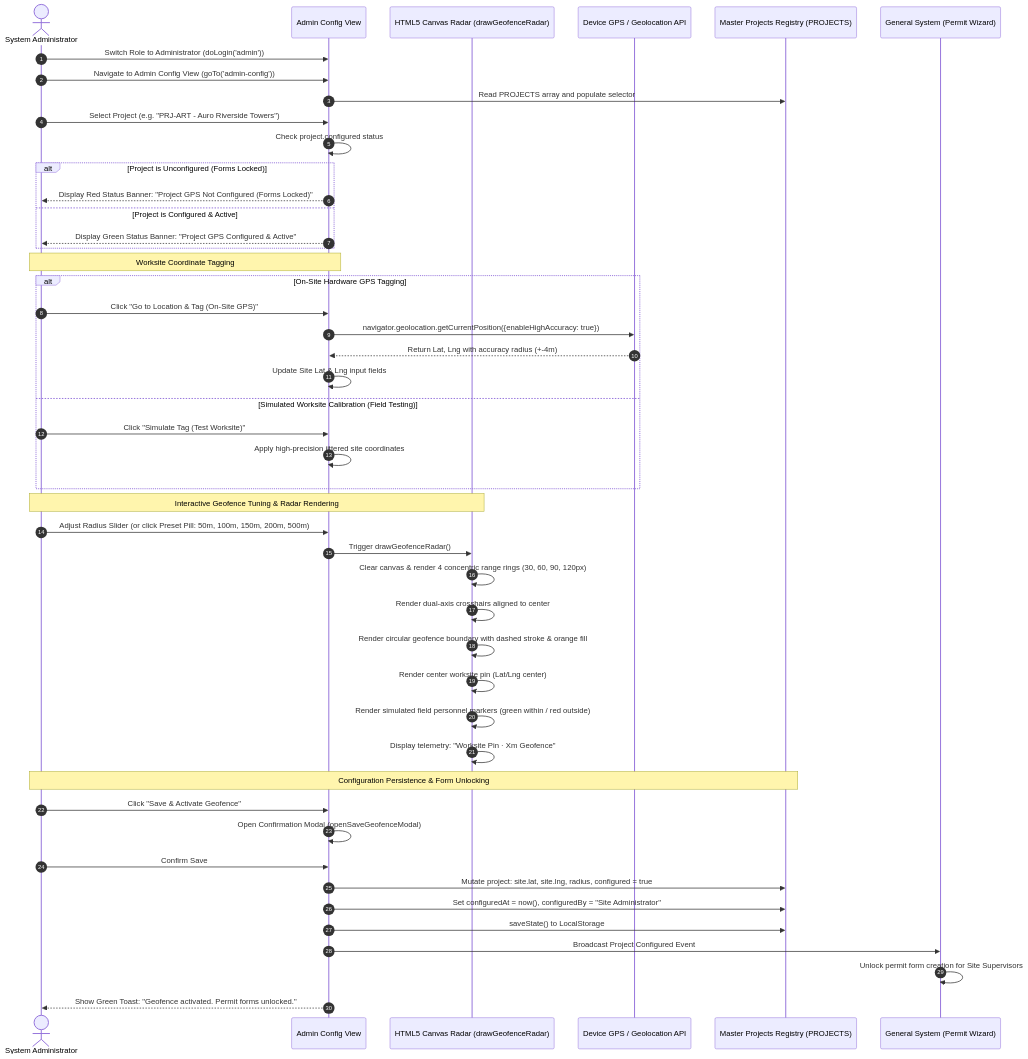
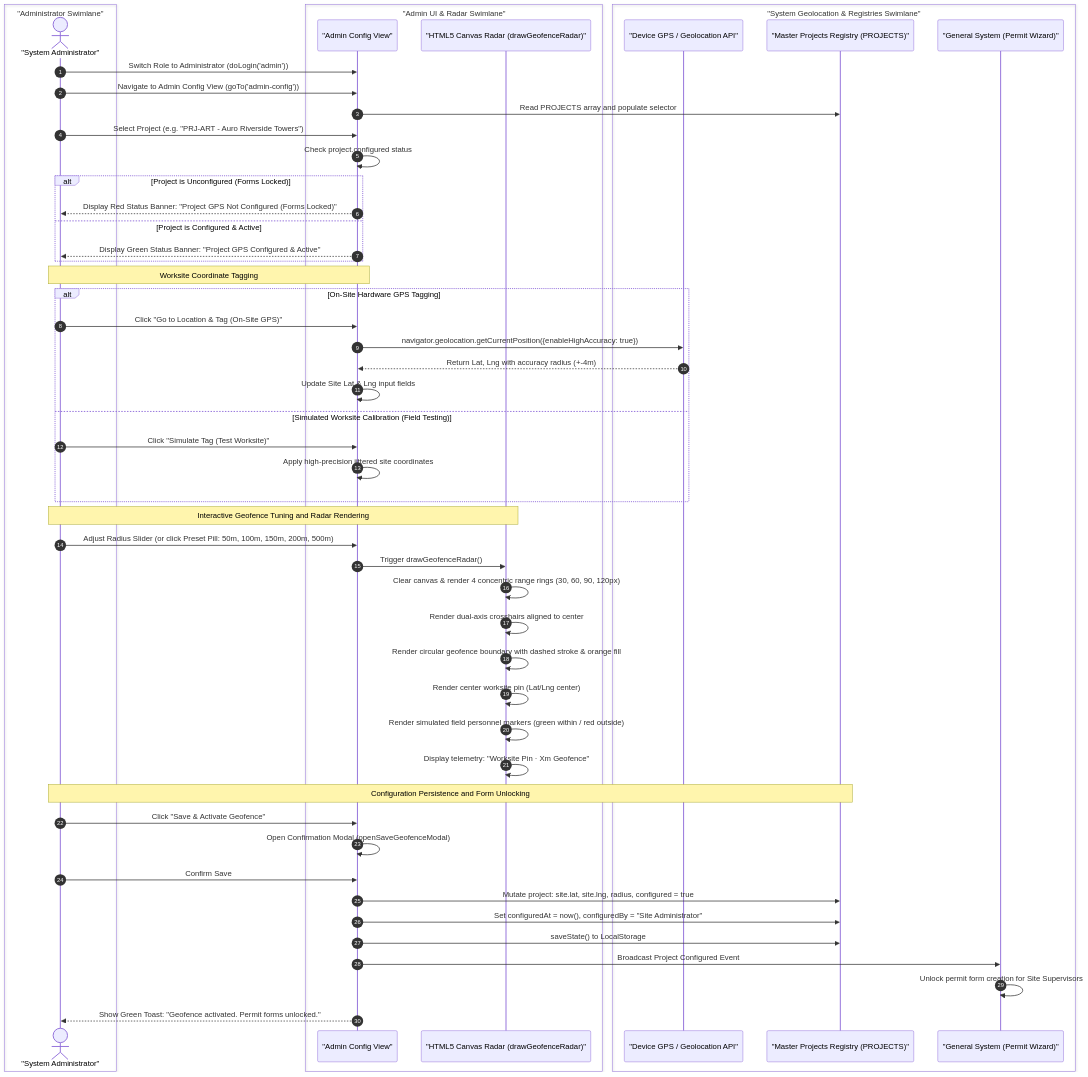
One commit to AuroGroupAutomationBot/ARPL-EHS-Demo changed diagram 35 of 41 in README.md. Above: the diagram before and after it, drawn with Mermaid. The commit also changed other lines of this file and 7 other files, not shown here.

````diff
--- a/README.md
+++ b/README.md
@@ -2529,53 +2791,59 @@
 ```mermaid
 sequenceDiagram
     autonumber
-    actor ADM as System Administrator
-    participant UI as Admin Config View
-    participant RAD as HTML5 Canvas Radar (drawGeofenceRadar)
-    participant GPS as Device GPS / Geolocation API
-    participant DB as Master Projects Registry (PROJECTS)
-    participant APP as General System (Permit Wizard)
+    box "Administrator Swimlane"
+        actor ADM as "System Administrator"
+    end
+    box "Admin UI & Radar Swimlane"
+        participant UI as "Admin Config View"
+        participant RAD as "HTML5 Canvas Radar (drawGeofenceRadar)"
+    end
+    box "System Geolocation & Registries Swimlane"
+        participant GPS as "Device GPS / Geolocation API"
+        participant DB as "Master Projects Registry (PROJECTS)"
+        participant APP as "General System (Permit Wizard)"
+    end
 
     ADM->>UI: Switch Role to Administrator (doLogin('admin'))
     ADM->>UI: Navigate to Admin Config View (goTo('admin-config'))
     UI->>DB: Read PROJECTS array and populate selector
     ADM->>UI: Select Project (e.g. "PRJ-ART - Auro Riverside Towers")
     UI->>UI: Check project.configured status
     alt Project is Unconfigured (Forms Locked)
         UI-->>ADM: Display Red Status Banner: "Project GPS Not Configured (Forms Locked)"
     else Project is Configured & Active
         UI-->>ADM: Display Green Status Banner: "Project GPS Configured & Active"
     end
 
     Note over ADM,UI: Worksite Coordinate Tagging
     alt On-Site Hardware GPS Tagging
         ADM->>UI: Click "Go to Location & Tag (On-Site GPS)"
         UI->>GPS: navigator.geolocation.getCurrentPosition({enableHighAccuracy: true})
         GPS-->>UI: Return Lat, Lng with accuracy radius (+-4m)
         UI->>UI: Update Site Lat & Lng input fields
     else Simulated Worksite Calibration (Field Testing)
         ADM->>UI: Click "Simulate Tag (Test Worksite)"
         UI->>UI: Apply high-precision jittered site coordinates
     end
 
-    Note over ADM,RAD: Interactive Geofence Tuning & Radar Rendering
+    Note over ADM,RAD: Interactive Geofence Tuning and Radar Rendering
     ADM->>UI: Adjust Radius Slider (or click Preset Pill: 50m, 100m, 150m, 200m, 500m)
     UI->>RAD: Trigger drawGeofenceRadar()
     RAD->>RAD: Clear canvas & render 4 concentric range rings (30, 60, 90, 120px)
     RAD->>RAD: Render dual-axis crosshairs aligned to center
     RAD->>RAD: Render circular geofence boundary with dashed stroke & orange fill
     RAD->>RAD: Render center worksite pin (Lat/Lng center)
     RAD->>RAD: Render simulated field personnel markers (green within / red outside)
     RAD->>RAD: Display telemetry: "Worksite Pin · Xm Geofence"
 
-    Note over ADM,DB: Configuration Persistence & Form Unlocking
+    Note over ADM,DB: Configuration Persistence and Form Unlocking
     ADM->>UI: Click "Save & Activate Geofence"
     UI->>UI: Open Confirmation Modal (openSaveGeofenceModal)
     ADM->>UI: Confirm Save
     UI->>DB: Mutate project: site.lat, site.lng, radius, configured = true
     UI->>DB: Set configuredAt = now(), configuredBy = "Site Administrator"
     UI->>DB: saveState() to LocalStorage
     UI->>APP: Broadcast Project Configured Event
     APP->>APP: Unlock permit form creation for Site Supervisors
     UI-->>ADM: Show Green Toast: "Geofence activated. Permit forms unlocked."
 ```
````
